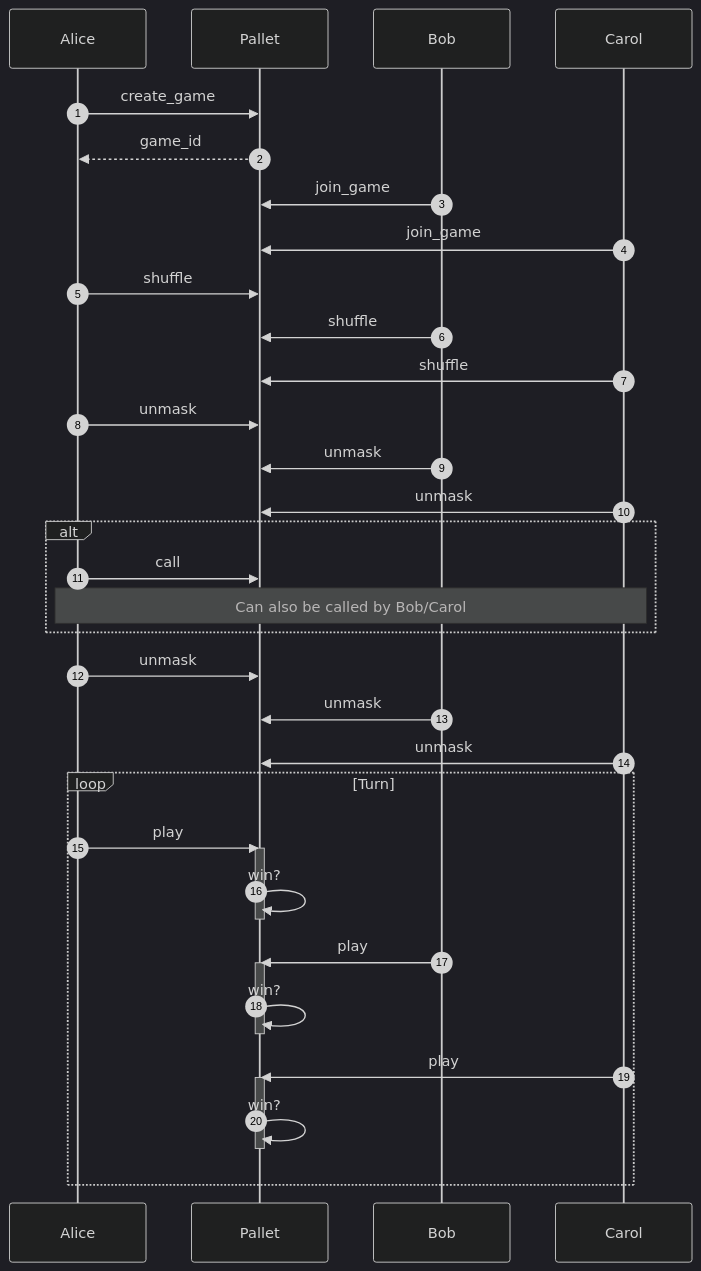
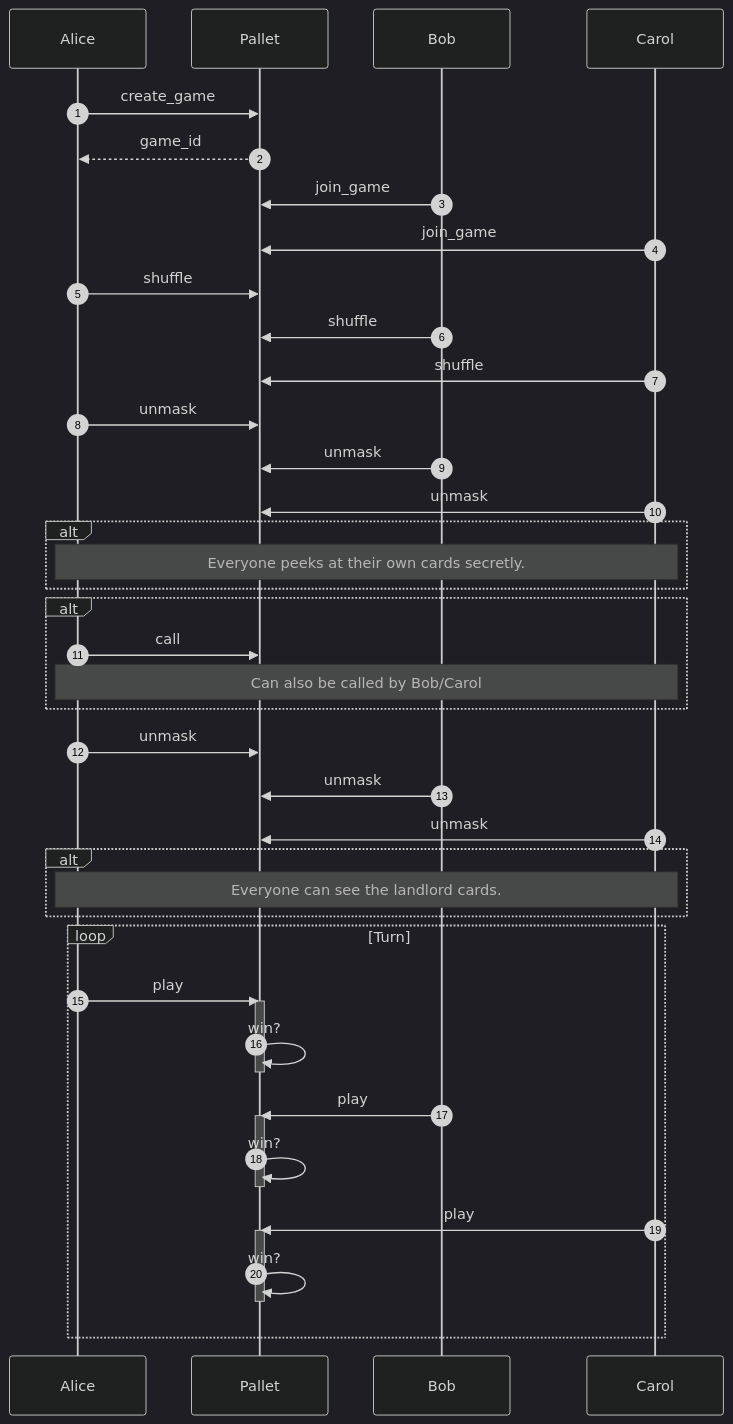
The diagram in docs/archive.md (wizicer/zkPokerdot), drawn with Mermaid (dark theme) before and after one commit.

Commit message:
📃 docs(流程图): 增加备注

````diff
--- a/docs/archive.md
+++ b/docs/archive.md
@@ -107,46 +107,56 @@
 ```mermaid
 sequenceDiagram
     autonumber
     participant a as Alice
     participant p as Pallet
     participant b as Bob
     participant c as Carol
     a->>p: create_game
     p-->>a: game_id
     b->>p: join_game
     c->>p: join_game
 
     a->>p: shuffle
     b->>p: shuffle
     c->>p: shuffle
 
     a->>p: unmask
     b->>p: unmask
     c->>p: unmask
 
     alt 
+        Note over a, c: Everyone peeks at their own cards secretly.
+    end
+
+    alt 
         a->>p: call
         Note over a, c: Can also be called by Bob/Carol
     end
 
     a->>p: unmask
     b->>p: unmask
     c->>p: unmask
+
+    alt 
+        Note over a, c: Everyone can see the landlord cards.
+    end
+
+
 
     loop Turn
         a->>p: play
         activate p
         p->>p: win?
         deactivate p
 
         b->>p: play
         activate p
         p->>p: win?
         deactivate p
 
         c->>p: play
         activate p
         p->>p: win?
         deactivate p
     end
 ```
````
